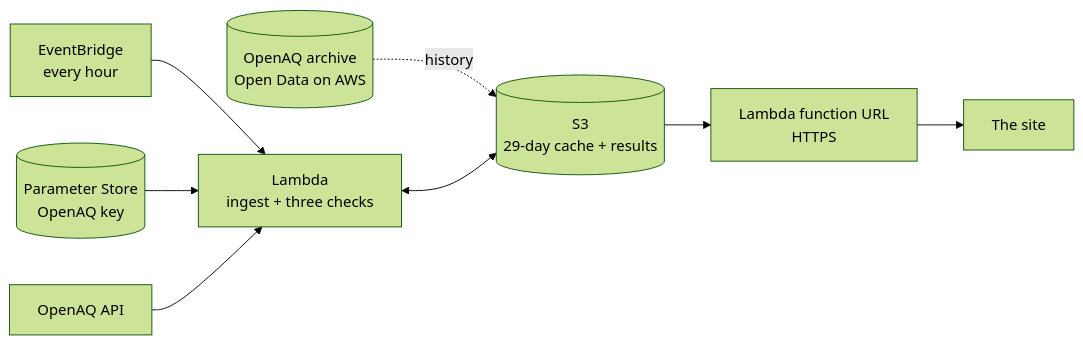
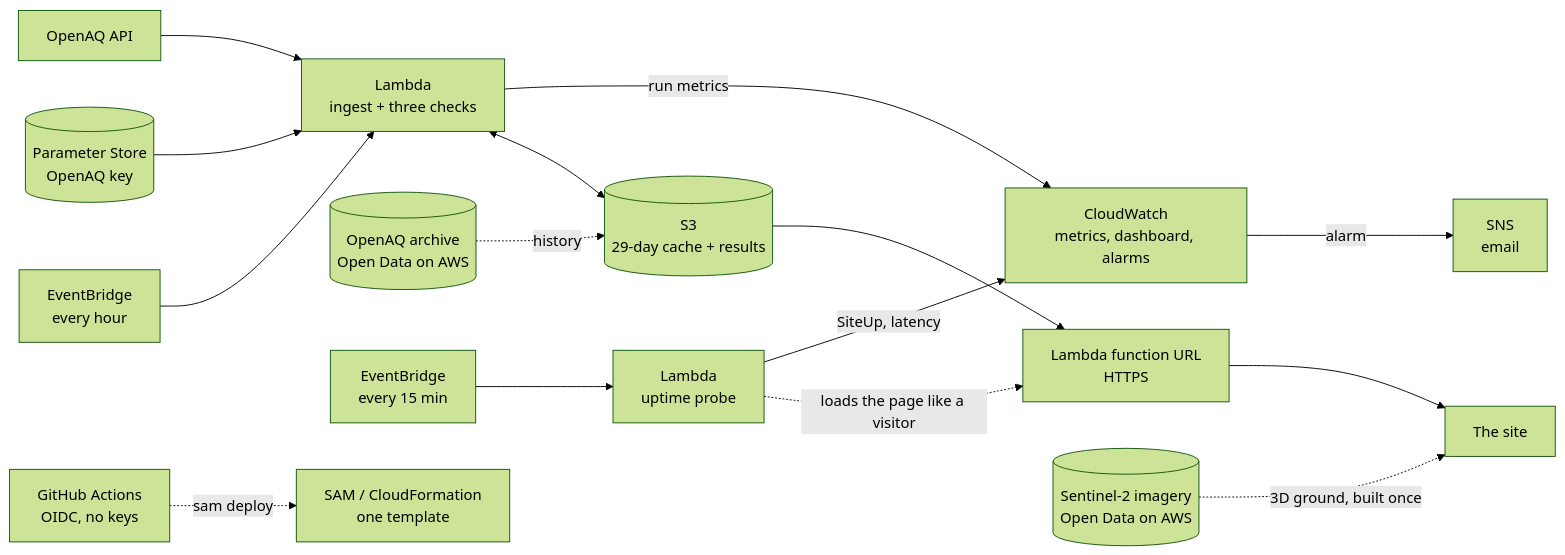
One commit to thegoodengineers/ground-truth changed the diagram in README.md. Above: the diagram before and after it, drawn with Mermaid (forest theme).

Commit message:
README diagram: the uptime probe, CloudWatch and SNS, Sentinel-2 from Open Data, and the OIDC deploy

````diff
--- a/README.md
+++ b/README.md
@@ -59,9 +59,16 @@
 ```mermaid
 flowchart LR
   EB[EventBridge<br/>every hour] --> L[Lambda<br/>ingest + three checks]
   SSM[(Parameter Store<br/>OpenAQ key)] --> L
   API[OpenAQ API] --> L
   ARCH[(OpenAQ archive<br/>Open Data on AWS)] -. history .-> S3
   L <--> S3[(S3<br/>29-day cache + results)]
   S3 --> FN[Lambda function URL<br/>HTTPS] --> U[The site]
+  EB2[EventBridge<br/>every 15 min] --> P[Lambda<br/>uptime probe]
+  P -. loads the page like a visitor .-> FN
+  L -- run metrics --> CW[CloudWatch<br/>metrics, dashboard, alarms]
+  P -- SiteUp, latency --> CW
+  CW -- alarm --> SNS[SNS<br/>email]
+  S2[(Sentinel-2 imagery<br/>Open Data on AWS)] -. 3D ground, built once .-> U
+  GH[GitHub Actions<br/>OIDC, no keys] -. sam deploy .-> CFN[SAM / CloudFormation<br/>one template]
 ```
````
